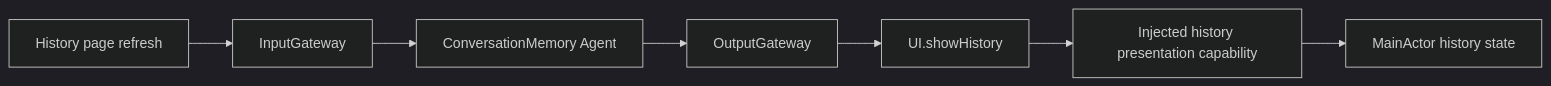
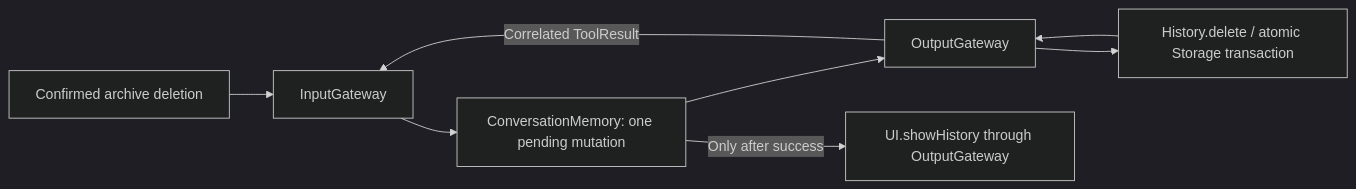
The diagram in MobileHarness/Agents/ConversationMemory/README.md (devilyouwei/MobileHarness), drawn with Mermaid (dark theme) before and after one commit. The commit also changed other lines of this file and 61 other files, not shown here.

Commit message:
feat: unify signal provenance and agent-owned history deletion

````diff
--- a/MobileHarness/Agents/ConversationMemory/README.md
+++ b/MobileHarness/Agents/ConversationMemory/README.md
@@ -7,9 +12,10 @@
 ```mermaid
 flowchart LR
-    User[History page refresh] --> Input[InputGateway]
-    Input --> Agent[ConversationMemory Agent]
+    User[Confirmed archive deletion] --> Input[InputGateway]
+    Input --> Agent[ConversationMemory: one pending mutation]
     Agent --> Output[OutputGateway]
-    Output --> Tool[UI.showHistory]
-    Tool --> Adapter[Injected history presentation capability]
-    Adapter --> UI[MainActor history state]
+    Output --> Delete[History.delete / atomic Storage transaction]
+    Delete --> Output
+    Output -->|Correlated ToolResult| Input
+    Agent -->|Only after success| Present[UI.showHistory through OutputGateway]
 ```
````
